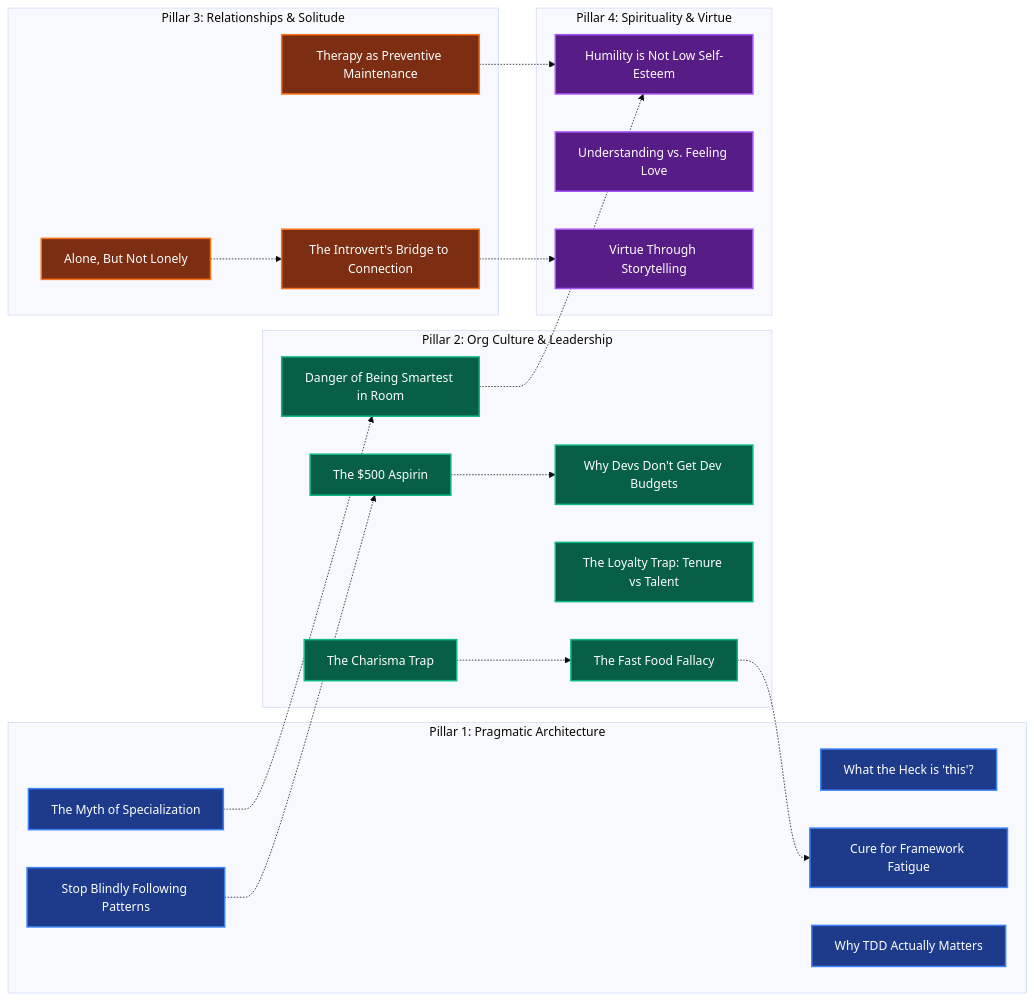
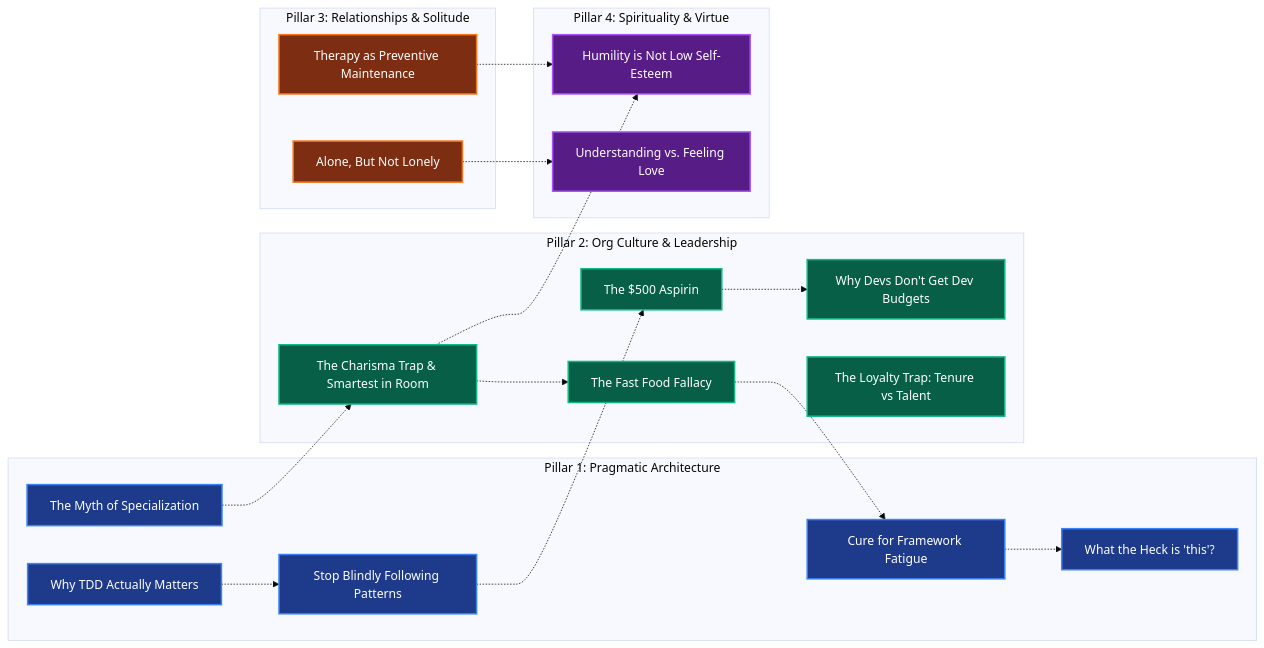
One commit to cstroliadavis/social-media-ideas changed the diagram in index/mind_map.md. Above: the diagram before and after it, drawn with Mermaid (base theme). The commit also changed other lines of this file and 13 other files, not shown here.

Commit message:
feat: add dedicated mind maps and nuanced outlines for all brainstormed topics

````diff
--- a/index/mind_map.md
+++ b/index/mind_map.md
@@ -9,47 +9,45 @@
 ```mermaid
 graph LR
     classDef p1 fill:#1e3a8a,stroke:#3b82f6,stroke-width:2px,color:#ffffff;
     classDef p2 fill:#065f46,stroke:#10b981,stroke-width:2px,color:#ffffff;
     classDef p3 fill:#7c2d12,stroke:#f97316,stroke-width:2px,color:#ffffff;
     classDef p4 fill:#581c87,stroke:#a855f7,stroke-width:2px,color:#ffffff;
 
     subgraph P1["Pillar 1: Pragmatic Architecture"]
         THIS["What the Heck is 'this'?"]:::p1
         FRAME["Cure for Framework Fatigue"]:::p1
         CLEAN["Stop Blindly Following Patterns"]:::p1
         TDD["Why TDD Actually Matters"]:::p1
         SPEC["The Myth of Specialization"]:::p1
     end
 
     subgraph P2["Pillar 2: Org Culture & Leadership"]
         ASPIRIN["The $500 Aspirin"]:::p2
         BUDGET["Why Devs Don't Get Dev Budgets"]:::p2
         LOYAL["The Loyalty Trap: Tenure vs Talent"]:::p2
         FAST["The Fast Food Fallacy"]:::p2
-        CHARISMA["The Charisma Trap"]:::p2
-        SMART["Danger of Being Smartest in Room"]:::p2
+        CHARISMA["The Charisma Trap & Smartest in Room"]:::p2
     end
 
     subgraph P3["Pillar 3: Relationships & Solitude"]
         ALONE["Alone, But Not Lonely"]:::p3
-        INTRO["The Introvert's Bridge to Connection"]:::p3
         THERAPY["Therapy as Preventive Maintenance"]:::p3
     end
 
     subgraph P4["Pillar 4: Spirituality & Virtue"]
         HUMILITY["Humility is Not Low Self-Esteem"]:::p4
         LOVE["Understanding vs. Feeling Love"]:::p4
-        STORY["Virtue Through Storytelling"]:::p4
     end
 
     %% Cross-Pillar Linkages
-    SMART -.-> HUMILITY
+    CHARISMA -.-> HUMILITY
     CHARISMA -.-> FAST
     ASPIRIN -.-> BUDGET
     CLEAN -.-> ASPIRIN
     FAST -.-> FRAME
-    ALONE -.-> INTRO
-    INTRO -.-> STORY
+    ALONE -.-> LOVE
     THERAPY -.-> HUMILITY
-    SPEC -.-> SMART
+    SPEC -.-> CHARISMA
+    TDD -.-> CLEAN
+    FRAME -.-> THIS
 ```
````
